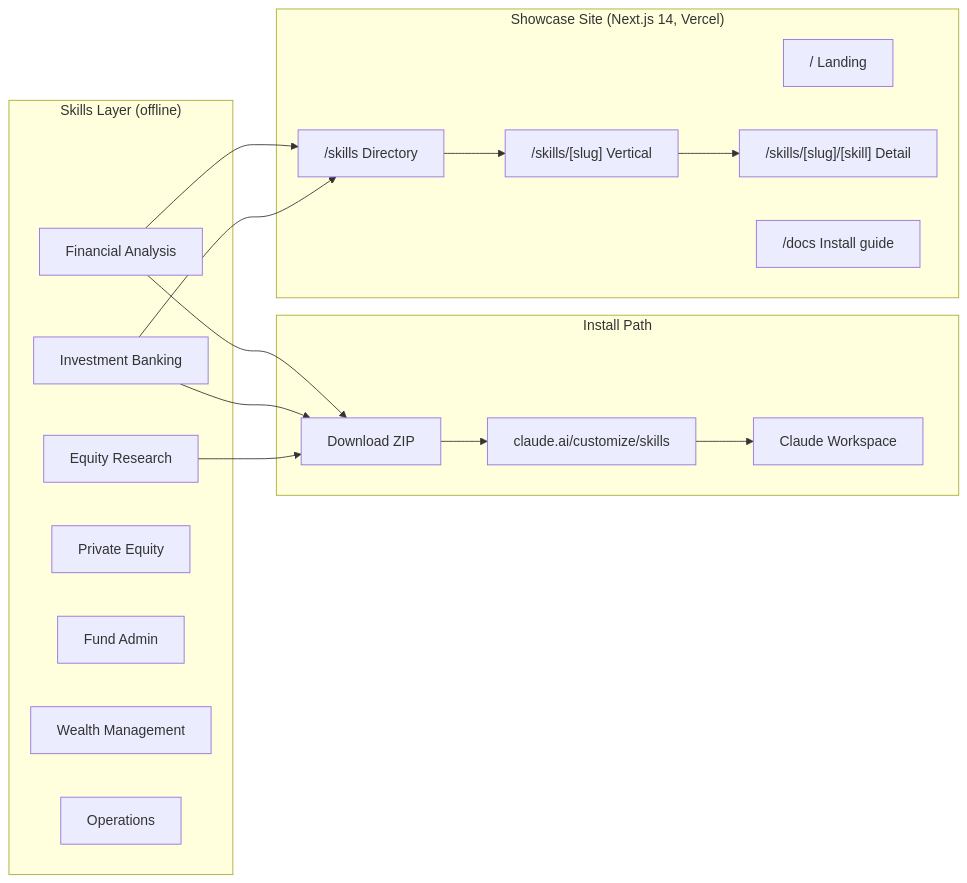
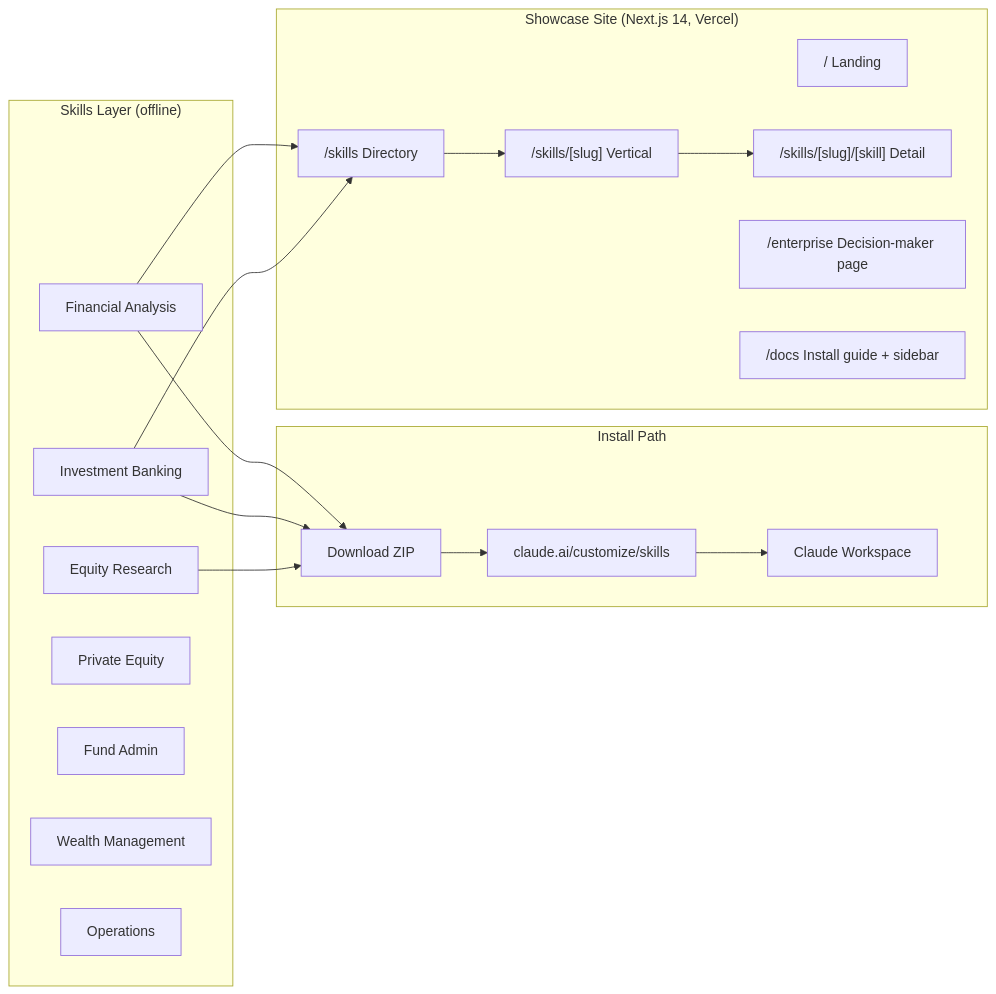
Before and after one commit to x-cookie/cbankskills-k44: the first of 3 diagrams in README.md, drawn with Mermaid. The commit also changed other lines of this file, not shown here.

First line of the commit message:
docs(readme): update font credit, add enterprise page to architecture

````diff
--- a/README.md
+++ b/README.md
@@ -51,35 +51,36 @@
 ```mermaid
 graph LR
     subgraph Skills["Skills Layer (offline)"]
         FA[Financial Analysis]
         IB[Investment Banking]
         ER[Equity Research]
         PE[Private Equity]
         FU[Fund Admin]
         WM[Wealth Management]
         OP[Operations]
     end
 
     subgraph Upload["Install Path"]
         ZIP[Download ZIP]
         CL[claude.ai/customize/skills]
         WS[Claude Workspace]
     end
 
     subgraph Web["Showcase Site (Next.js 14, Vercel)"]
         HOME["/ Landing"]
         SKILLS["/skills Directory"]
         SLUG["/skills/[slug] Vertical"]
         SKILL["/skills/[slug]/[skill] Detail"]
-        DOCS["/docs Install guide"]
+        ENT["/enterprise Decision-maker page"]
+        DOCS["/docs Install guide + sidebar"]
     end
 
     FA --> ZIP
     IB --> ZIP
     ER --> ZIP
     ZIP --> CL
     CL --> WS
     FA --> SKILLS
     IB --> SKILLS
     SKILLS --> SLUG --> SKILL
 ```
````
